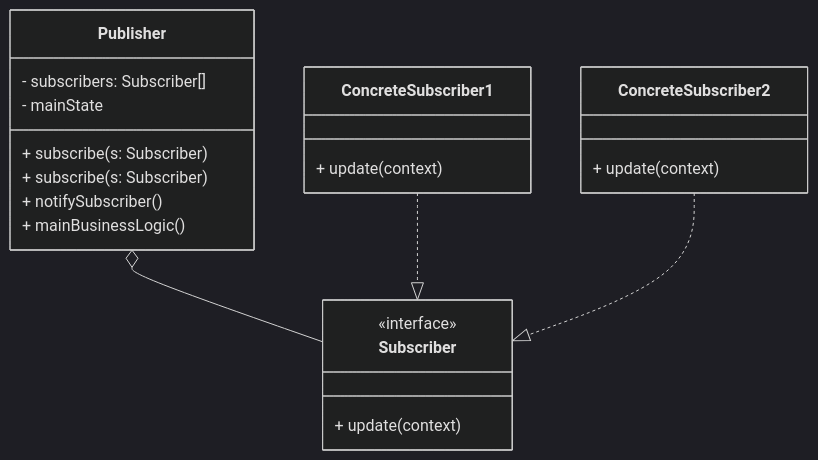
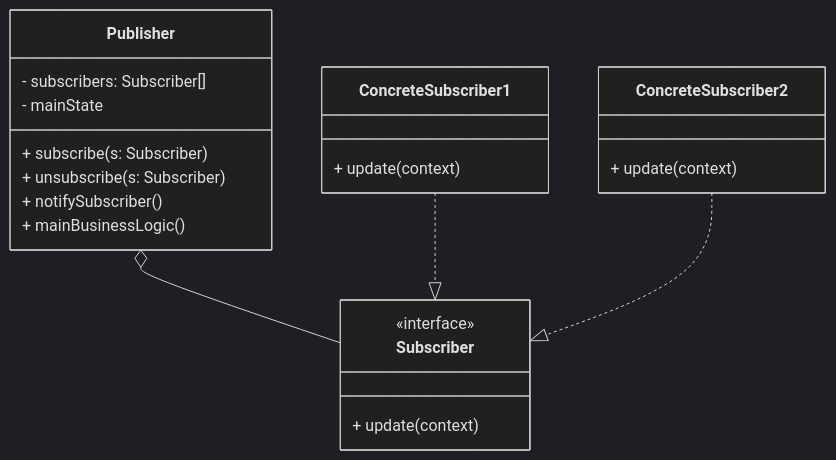
One commit to SClovesgtx/design-patterns-study changed the first of 3 diagrams in design_patterns/1_observer/README.md. Above: the diagram before and after it, drawn with Mermaid (dark theme). The commit also changed other lines of this file and 3 other files, not shown here.

````diff
--- a/design_patterns/1_observer/README.md
+++ b/design_patterns/1_observer/README.md
@@ -7,29 +10,29 @@
 ```mermaid
 classDiagram
 
     Publisher o-- Subscriber
     ConcreteSubscriber1 ..|> Subscriber
     ConcreteSubscriber2 ..|> Subscriber
 
     class Publisher{
         - subscribers: Subscriber[]
         - mainState
         + subscribe(s: Subscriber)
-        + subscribe(s: Subscriber)
+        + unsubscribe(s: Subscriber)
         + notifySubscriber()
         + mainBusinessLogic()
     }
 
     class Subscriber{
         + update(context)
     }
 
     class ConcreteSubscriber1{
         + update(context)
     }
 
     class ConcreteSubscriber2{
         + update(context)
     }
     <<interface>> Subscriber
 ```
````
